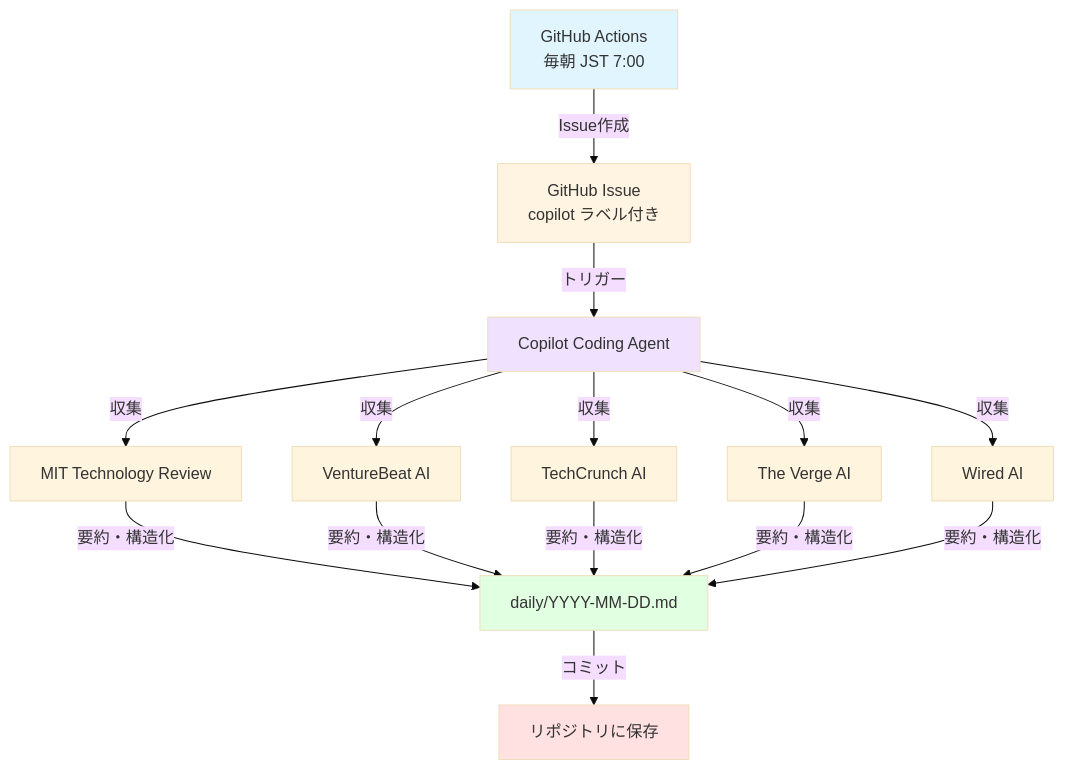
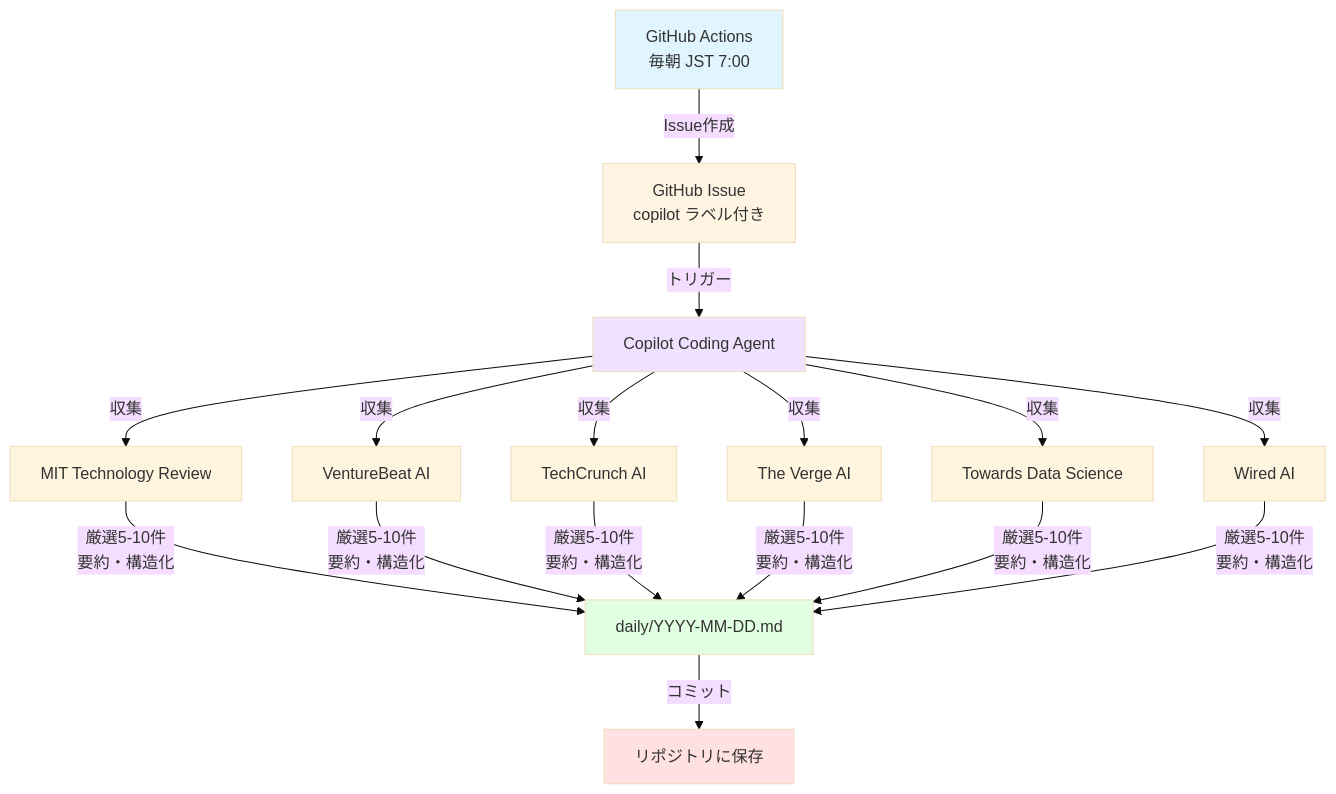
Before and after one commit to office8-inc/ai-news-digest: the diagram in README.md, drawn with Mermaid (base theme). The commit also changed other lines of this file and 3 other files, not shown here.

````diff
--- a/README.md
+++ b/README.md
@@ -40,18 +40,19 @@
 ```mermaid
 graph TD
     A[GitHub Actions<br/>毎朝 JST 7:00] -->|Issue作成| B[GitHub Issue<br/>copilot ラベル付き]
     B -->|トリガー| C[Copilot Coding Agent]
     C -->|収集| D1[MIT Technology Review]
     C -->|収集| D2[VentureBeat AI]
     C -->|収集| D3[TechCrunch AI]
     C -->|収集| D4[The Verge AI]
-    C -->|収集| D5[Wired AI]
-    D1 & D2 & D3 & D4 & D5 -->|要約・構造化| E[daily/YYYY-MM-DD.md]
+    C -->|収集| D5[Towards Data Science]
+    C -->|収集| D6[Wired AI]
+    D1 & D2 & D3 & D4 & D5 & D6 -->|厳選5-10件<br/>要約・構造化| E[daily/YYYY-MM-DD.md]
     E -->|コミット| F[リポジトリに保存]
     
     style A fill:#e1f5ff
     style B fill:#fff4e1
     style C fill:#f0e1ff
     style E fill:#e1ffe1
     style F fill:#ffe1e1
 ```
````
